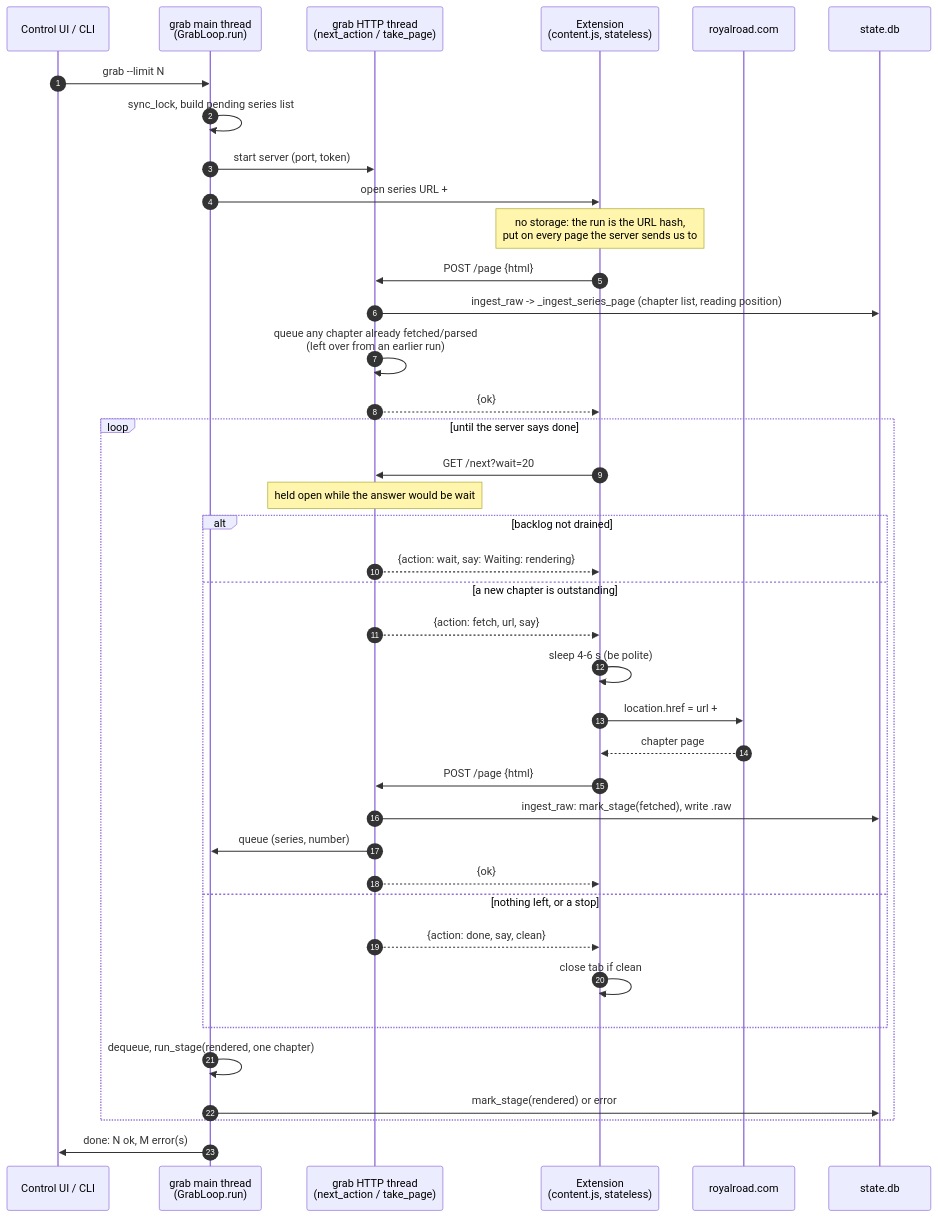
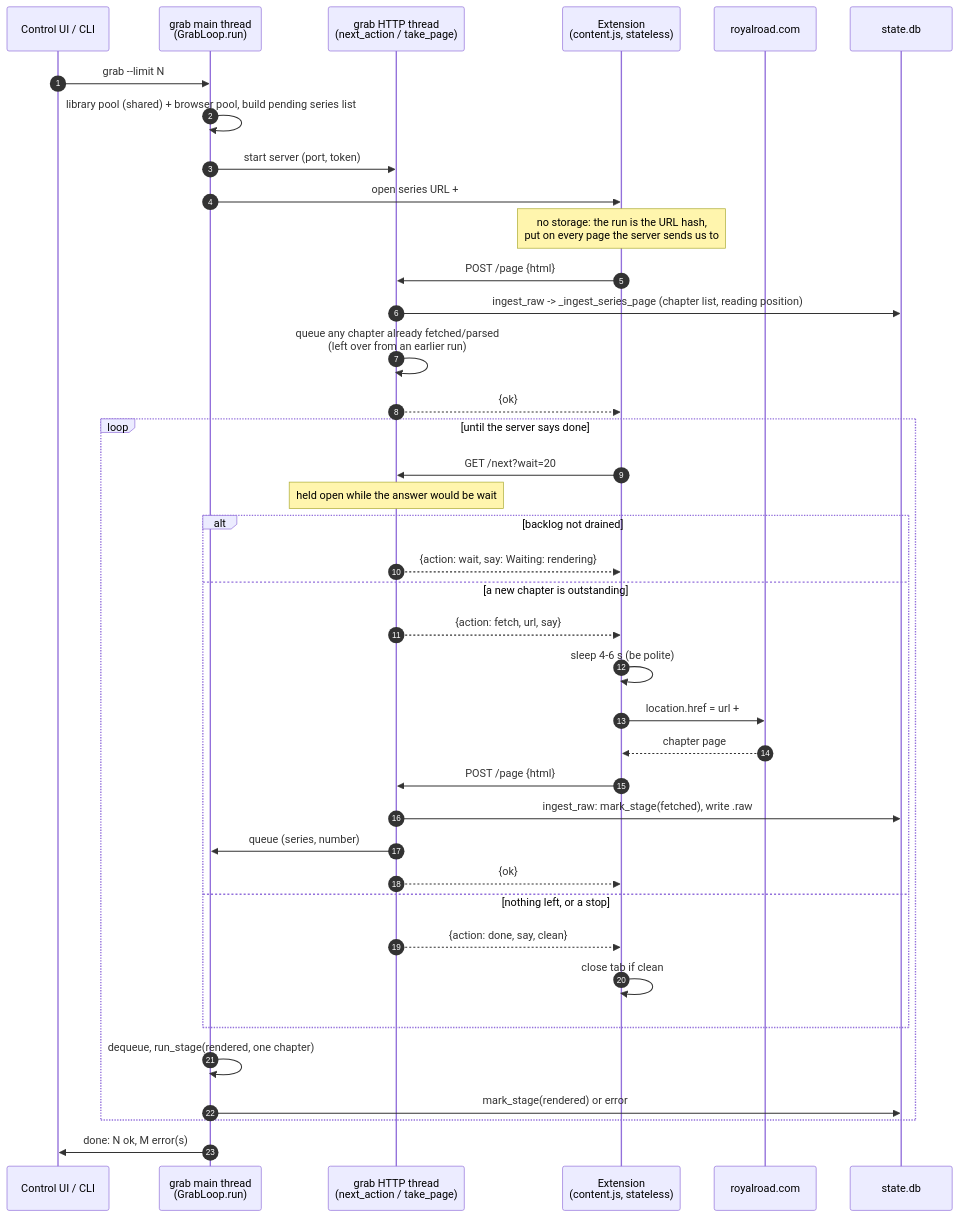
Before and after one commit to jrobrien/webnovel-audio: the third of 3 diagrams in README.md, drawn with Mermaid. The commit also changed other lines of this file and 14 other files, not shown here.

First line of the commit message:
Resource pools: jobs queue for synth/browser/net/library instead of refusing

````diff
--- a/README.md
+++ b/README.md
@@ -215,42 +220,42 @@
 ```mermaid
 sequenceDiagram
     autonumber
     participant UI as Control UI / CLI
     participant G as grab main thread<br/>(GrabLoop.run)
     participant S as grab HTTP thread<br/>(next_action / take_page)
     participant X as Extension<br/>(content.js, stateless)
     participant RR as royalroad.com
     participant DB as state.db
 
     UI->>G: grab --limit N
-    G->>G: sync_lock, build pending series list
+    G->>G: library pool (shared) + browser pool, build pending series list
     G->>S: start server (port, token)
     G->>X: open series URL + #wa=port:token
     Note over X: no storage: the run is the URL hash,<br/>put on every page the server sends us to
     X->>S: POST /page {html}
     S->>DB: ingest_raw -> _ingest_series_page (chapter list, reading position)
     S->>S: queue any chapter already fetched/parsed<br/>(left over from an earlier run)
     S-->>X: {ok}
     loop until the server says done
         X->>S: GET /next?wait=20
         Note over S: held open while the answer would be wait
         alt backlog not drained
             S-->>X: {action: wait, say: Waiting: rendering}
         else a new chapter is outstanding
             S-->>X: {action: fetch, url, say}
             X->>X: sleep 4-6 s (be polite)
             X->>RR: location.href = url + #wa=port:token
             RR-->>X: chapter page
             X->>S: POST /page {html}
             S->>DB: ingest_raw: mark_stage(fetched), write .raw
             S->>G: queue (series, number)
             S-->>X: {ok}
         else nothing left, or a stop
             S-->>X: {action: done, say, clean}
             X->>X: close tab if clean
         end
         G->>G: dequeue, run_stage(rendered, one chapter)
         G->>DB: mark_stage(rendered) or error
     end
     G->>UI: done: N ok, M error(s)
 ```
````
